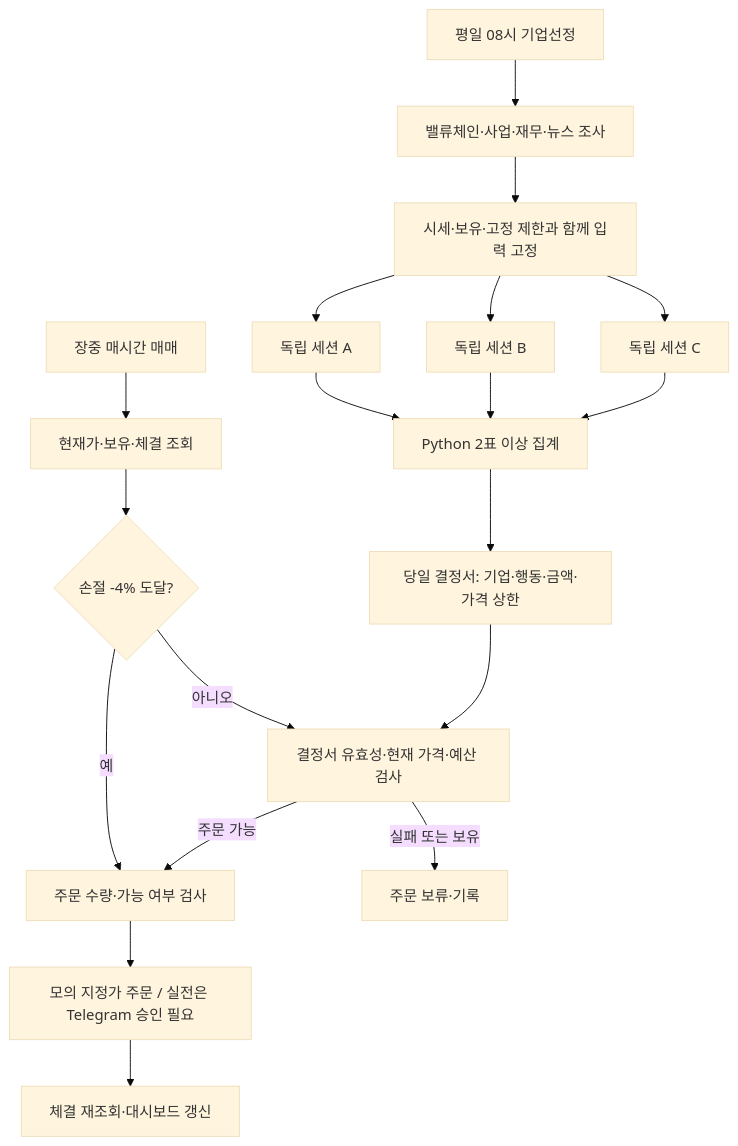
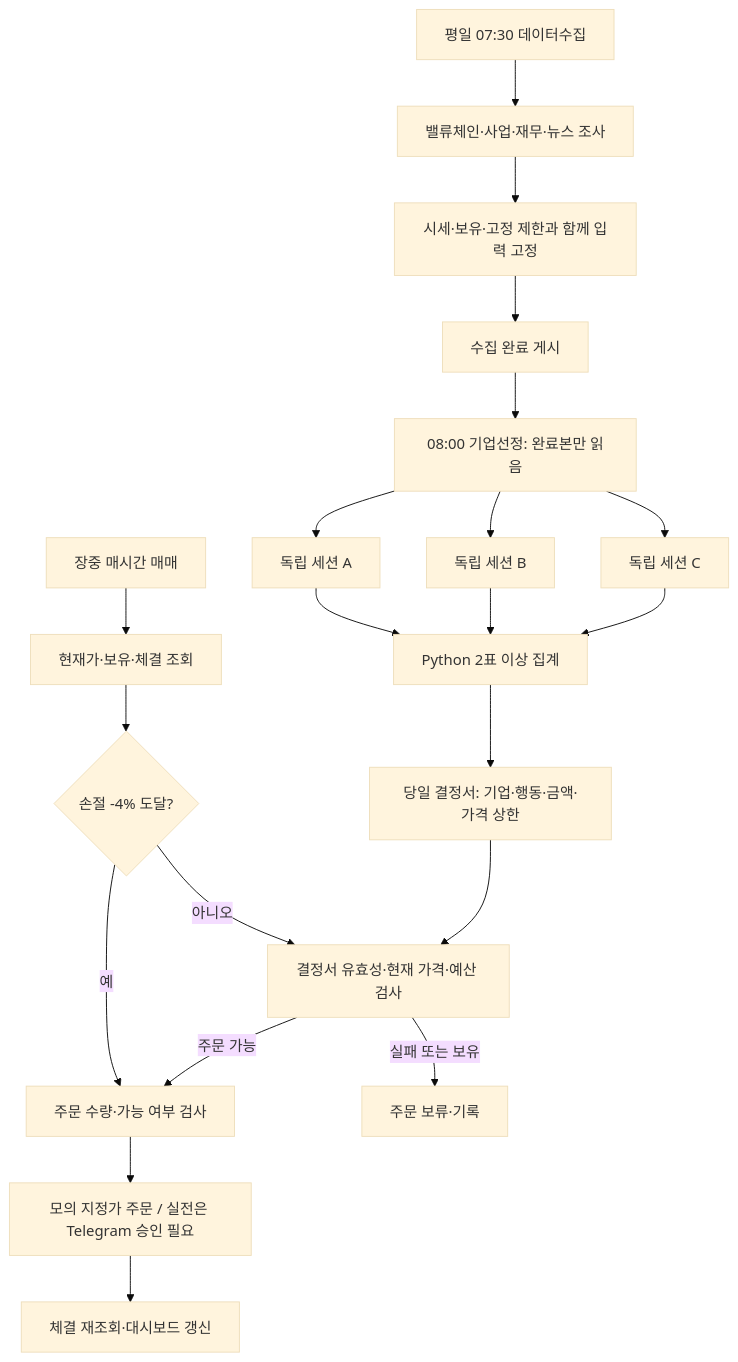
The diagram in README.md (minkwanbaek/aitrading), drawn with Mermaid (base theme) before and after one commit. The commit also changed other lines of this file and 12 other files, not shown here.

````diff
--- a/README.md
+++ b/README.md
@@ -28,21 +29,23 @@
 ```mermaid
 flowchart TD
-    R[평일 08시 기업선정] --> S[밸류체인·사업·재무·뉴스 조사]
+    R[평일 07:30 데이터수집] --> S[밸류체인·사업·재무·뉴스 조사]
     S --> F[시세·보유·고정 제한과 함께 입력 고정]
-    F --> A[독립 세션 A]
-    F --> B[독립 세션 B]
-    F --> C[독립 세션 C]
+    F --> E[수집 완료 게시]
+    E --> U[08:00 기업선정: 완료본만 읽음]
+    U --> A[독립 세션 A]
+    U --> B[독립 세션 B]
+    U --> C[독립 세션 C]
     A --> V[Python 2표 이상 집계]
     B --> V
     C --> V
     V --> P[당일 결정서: 기업·행동·금액·가격 상한]
     T[장중 매시간 매매] --> L[현재가·보유·체결 조회]
     L --> K{손절 -4% 도달?}
     K -->|예| O[주문 수량·가능 여부 검사]
     K -->|아니오| D[결정서 유효성·현재 가격·예산 검사]
     P --> D
     D -->|실패 또는 보유| W[주문 보류·기록]
     D -->|주문 가능| O
     O --> N[모의 지정가 주문 / 실전은 Telegram 승인 필요]
     N --> Q[체결 재조회·대시보드 갱신]
 ```
````
